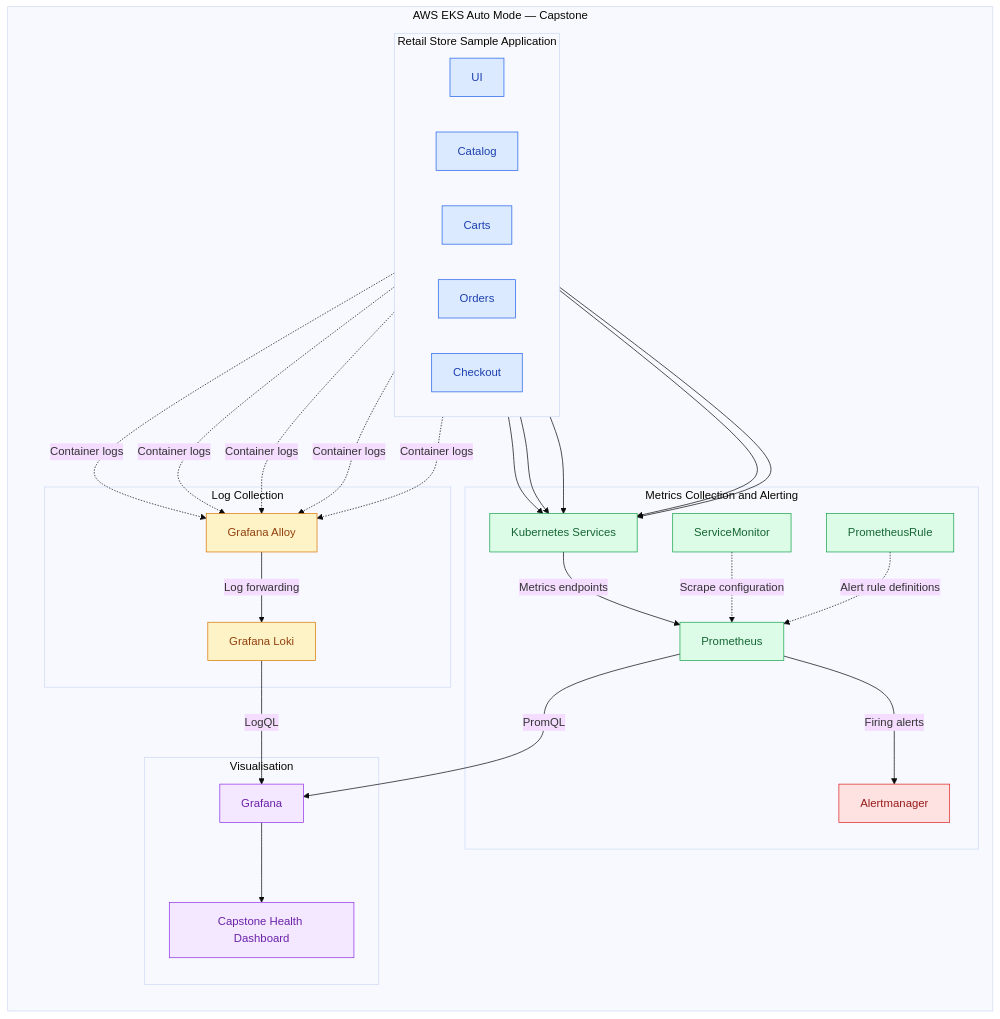
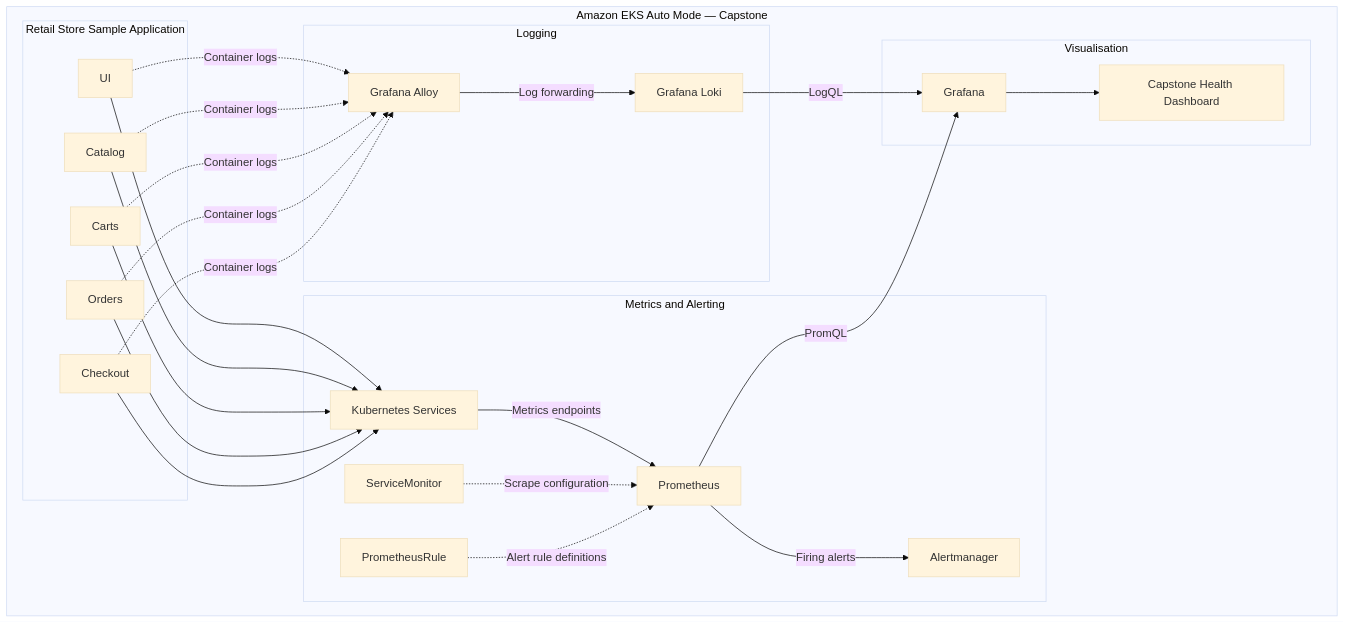
One commit to eugenewongyj/cloud-ntu-capstone-group2-infra changed the first of 4 diagrams in sre/README.md. Above: the diagram before and after it, drawn with Mermaid (base theme). The commit also changed other lines of this file, not shown here.

````diff
--- a/sre/README.md
+++ b/sre/README.md
@@ -103,60 +105,43 @@
 ```mermaid
 flowchart TB
-    subgraph EKS["AWS EKS Auto Mode — Capstone"]
-        direction TB
-
+    subgraph EKS["Amazon EKS Auto Mode — Capstone"]
         subgraph APP["Retail Store Sample Application"]
-            direction LR
             UI["UI"]
             CAT["Catalog"]
             CART["Carts"]
             ORD["Orders"]
             CHECK["Checkout"]
         end
 
-        subgraph METRICS["Metrics Collection and Alerting"]
+        subgraph METRICS["Metrics and Alerting"]
             SVC["Kubernetes Services"]
             SM["ServiceMonitor"]
             PROM["Prometheus"]
             RULE["PrometheusRule"]
             AM["Alertmanager"]
-
-            SVC -->|"Metrics endpoints"| PROM
-            SM -.->|"Scrape configuration"| PROM
-            RULE -.->|"Alert rule definitions"| PROM
-            PROM -->|"Firing alerts"| AM
         end
 
-        subgraph LOGGING["Log Collection"]
+        subgraph LOGS["Logging"]
             ALLOY["Grafana Alloy"]
             LOKI["Grafana Loki"]
-
-            ALLOY -->|"Log forwarding"| LOKI
         end
 
         subgraph VIS["Visualisation"]
             GF["Grafana"]
             DASH["Capstone Health Dashboard"]
-
-            GF --> DASH
         end
     end
 
     UI & CAT & CART & ORD & CHECK --> SVC
+    SVC -->|"Metrics endpoints"| PROM
+    SM -.->|"Scrape configuration"| PROM
+    RULE -.->|"Alert rule definitions"| PROM
+    PROM -->|"Firing alerts"| AM
+
     UI & CAT & CART & ORD & CHECK -.->|"Container logs"| ALLOY
+    ALLOY -->|"Log forwarding"| LOKI
 
     PROM -->|"PromQL"| GF
     LOKI -->|"LogQL"| GF
-
-    classDef app fill:#dbeafe,stroke:#2563eb,color:#1e40af
-    classDef metrics fill:#dcfce7,stroke:#16a34a,color:#166534
-    classDef logs fill:#fef3c7,stroke:#d97706,color:#92400e
-    classDef viz fill:#f3e8ff,stroke:#9333ea,color:#6b21a8
-    classDef alert fill:#fee2e2,stroke:#dc2626,color:#991b1b
-
-    class UI,CAT,CART,ORD,CHECK app
-    class SVC,SM,PROM,RULE metrics
-    class ALLOY,LOKI logs
-    class GF,DASH viz
-    class AM alert
+    GF --> DASH
 ```
````
